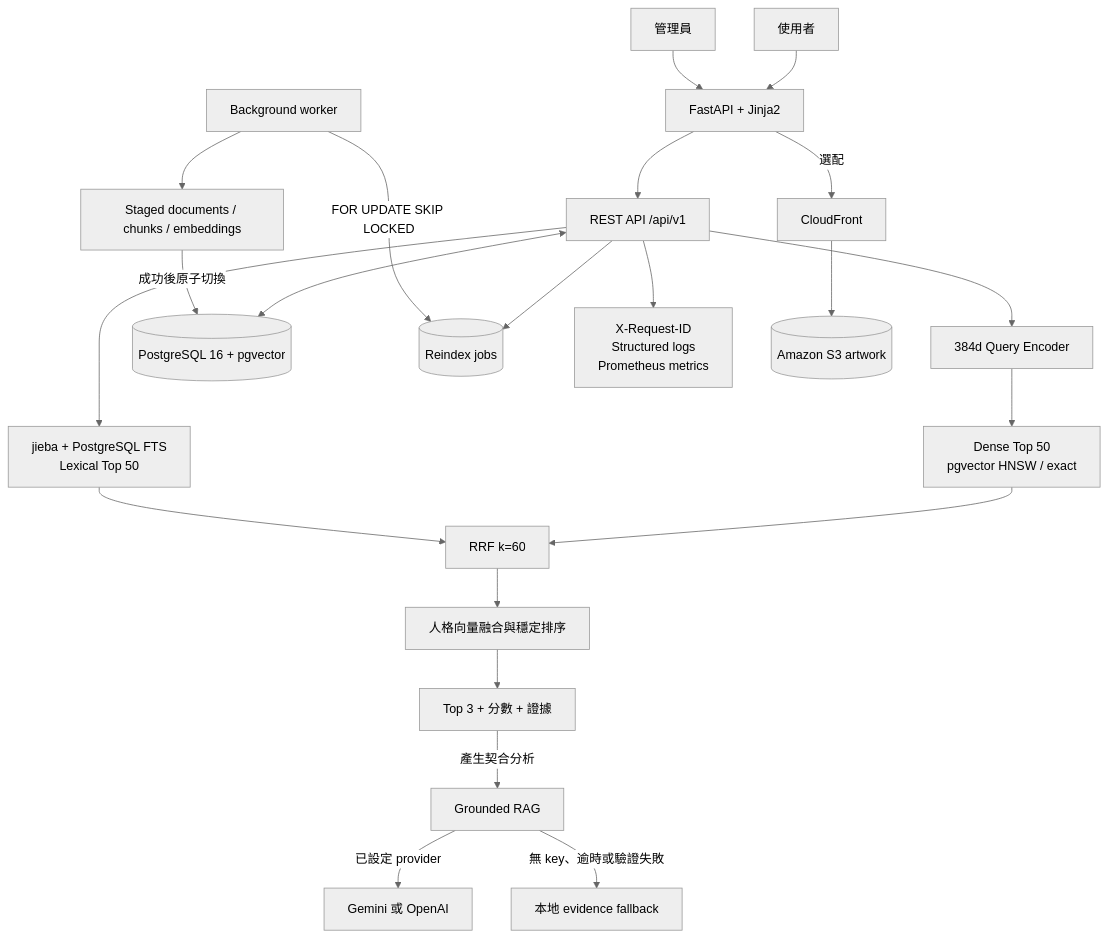
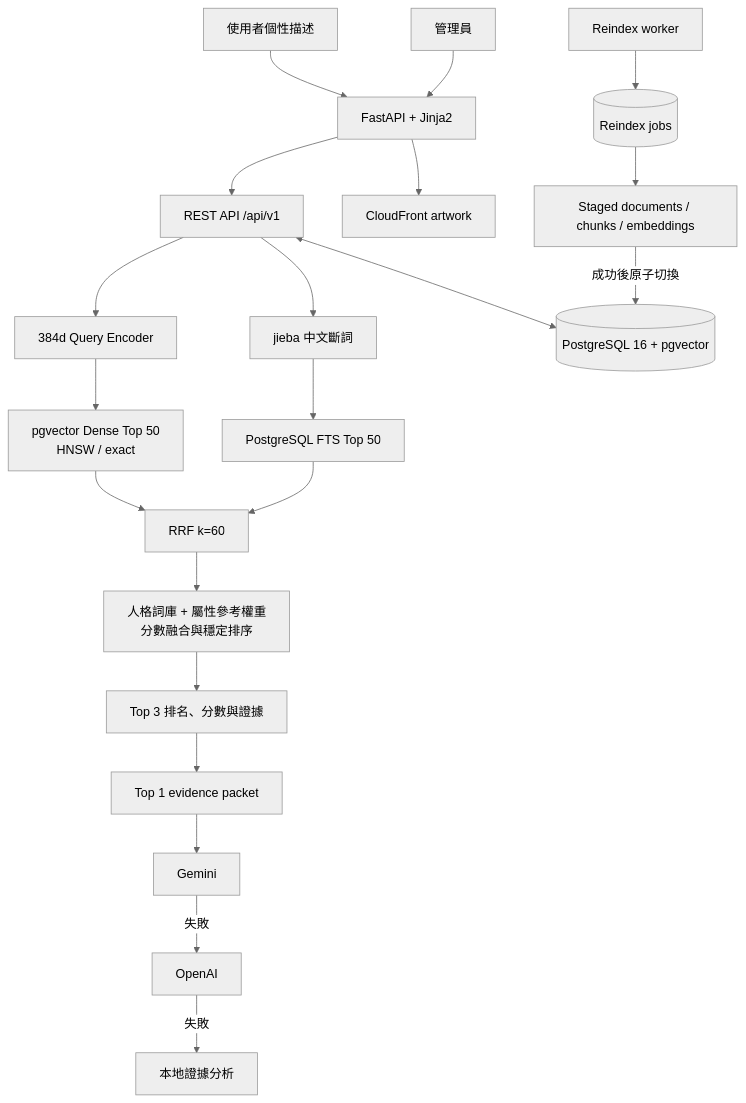
The diagram in README.md (likaisuwork9616/pokemon-personality-recommender), drawn with Mermaid (neutral theme) before and after one commit. The commit also changed other lines of this file and 1 other file, not shown here.

Commit message:
docs(readme): finalize local portfolio documentation

````diff
--- a/README.md
+++ b/README.md
@@ -27,28 +32,26 @@
-~~~mermaid
+```mermaid
 flowchart TB
-    U[使用者] --> WEB[FastAPI + Jinja2]
-    A[管理員] --> WEB
+    USER[使用者個性描述] --> WEB[FastAPI + Jinja2]
+    ADMIN[管理員] --> WEB
     WEB --> API[REST API /api/v1]
 
-    API --> ENC[384d Query Encoder]
-    ENC --> DENSE[Dense Top 50<br/>pgvector HNSW / exact]
-    API --> LEX[jieba + PostgreSQL FTS<br/>Lexical Top 50]
+    API --> ENCODER[384d Query Encoder]
+    ENCODER --> DENSE[pgvector Dense Top 50<br/>HNSW / exact]
+    API --> TOKENS[jieba 中文斷詞]
+    TOKENS --> FTS[PostgreSQL FTS Top 50]
     DENSE --> RRF[RRF k=60]
-    LEX --> RRF
-    RRF --> SCORE[人格向量融合與穩定排序]
-    SCORE --> TOP3[Top 3 + 分數 + 證據]
+    FTS --> RRF
+    RRF --> SCORE[人格詞庫 + 屬性參考權重<br/>分數融合與穩定排序]
+    SCORE --> TOP3[Top 3 排名、分數與證據]
 
-    TOP3 -->|產生契合分析| RAG[Grounded RAG]
-    RAG -->|已設定 provider| LLM[Gemini 或 OpenAI]
-    RAG -->|無 key、逾時或驗證失敗| LOCAL[本地 evidence fallback]
+    TOP3 --> TOP1[Top 1 evidence packet]
+    TOP1 --> GEMINI[Gemini]
+    GEMINI -->|失敗| OPENAI[OpenAI]
+    OPENAI -->|失敗| LOCAL[本地證據分析]
 
     API <--> DB[(PostgreSQL 16 + pgvector)]
-    API --> JOBS[(Reindex jobs)]
-    WORKER[Background worker] -->|FOR UPDATE SKIP LOCKED| JOBS
-    WORKER --> STAGED[Staged documents / chunks / embeddings]
+    WORKER[Reindex worker] --> JOBS[(Reindex jobs)]
+    JOBS --> STAGED[Staged documents / chunks / embeddings]
     STAGED -->|成功後原子切換| DB
-
-    API --> OBS[X-Request-ID<br/>Structured logs<br/>Prometheus metrics]
-    WEB -->|選配| CDN[CloudFront]
-    CDN --> S3[(Amazon S3 artwork)]
-~~~
+    WEB --> CDN[CloudFront artwork]
+```
````
